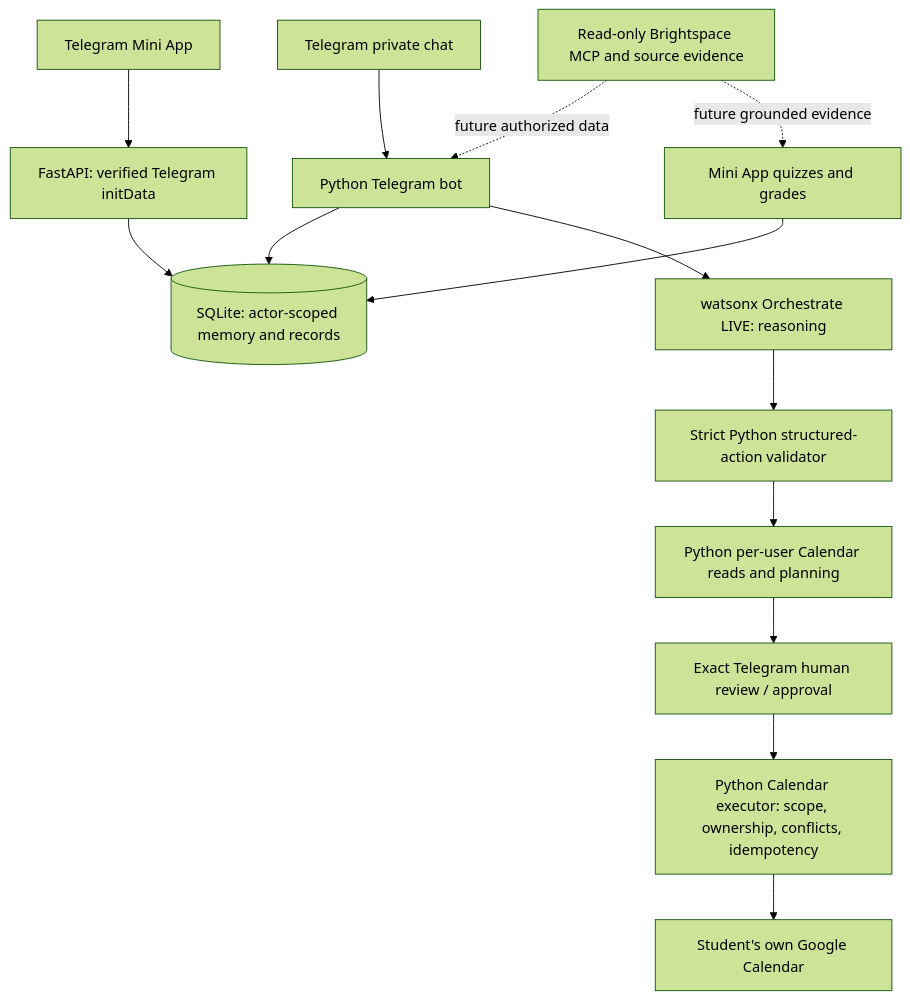
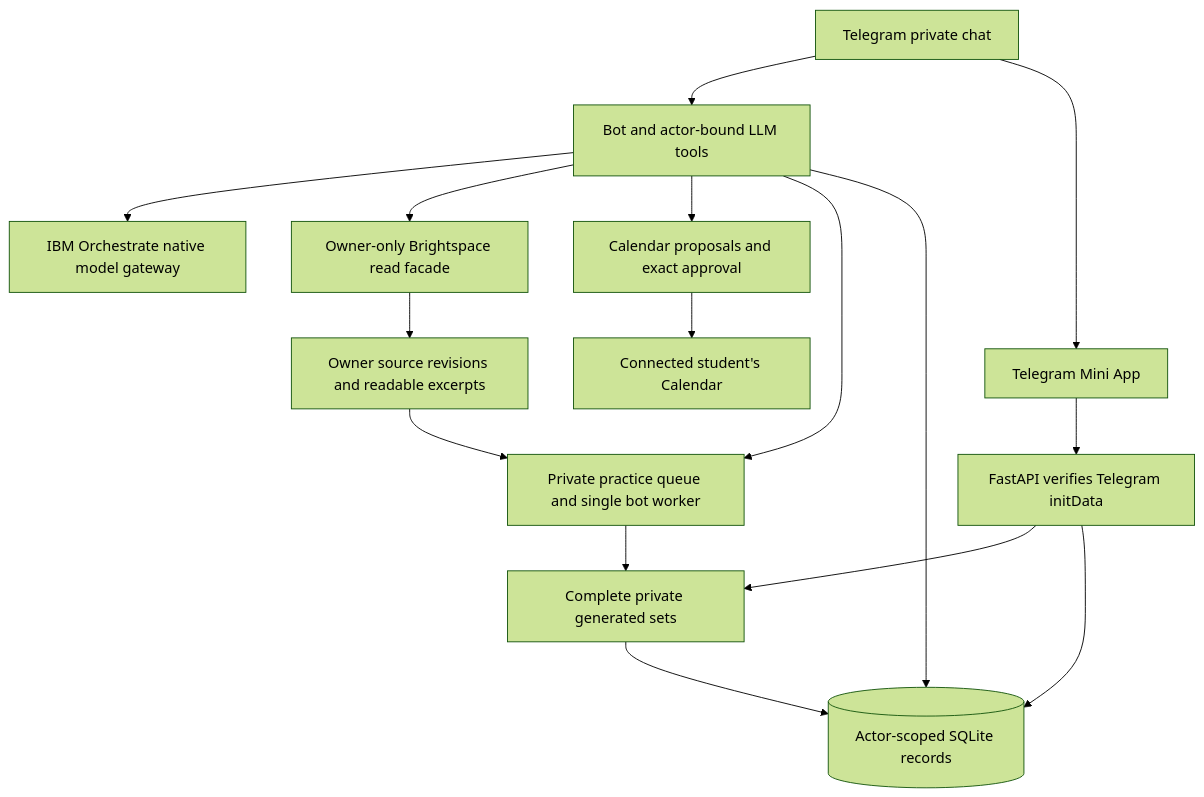
One commit to kiakky/ai-study-agent changed the diagram in README.md. Above: the diagram before and after it, drawn with Mermaid (forest theme). The commit also changed other lines of this file and 117 other files, not shown here.

````diff
--- a/README.md
+++ b/README.md
@@ -126,16 +124,18 @@
 ```mermaid
 flowchart TD
-    TG[Telegram private chat] --> BOT[Python Telegram bot]
-    MA[Telegram Mini App] --> API[FastAPI: verified Telegram initData]
-    BOT --> DB[(SQLite: actor-scoped memory and records)]
-    API --> DB
-    BOT --> IBM[watsonx Orchestrate LIVE: reasoning]
-    IBM --> VAL[Strict Python structured-action validator]
-    VAL --> CAL[Python per-user Calendar reads and planning]
-    CAL --> APPROVAL[Exact Telegram human review / approval]
-    APPROVAL --> EXEC[Python Calendar executor: scope, ownership, conflicts, idempotency]
-    EXEC --> GOOGLE[Student's own Google Calendar]
-    LMS[Read-only Brightspace MCP and source evidence] -.future authorized data.-> BOT
-    LMS -.future grounded evidence.-> QUIZ[Mini App quizzes and grades]
-    QUIZ --> DB
+    Student[Telegram private chat] --> Bot[Bot and actor-bound LLM tools]
+    Student --> Mini[Telegram Mini App]
+    Mini --> API[FastAPI verifies Telegram initData]
+    Bot --> IBM[IBM Orchestrate native model gateway]
+    Bot --> LMS[Owner-only Brightspace read facade]
+    LMS --> Evidence[Owner source revisions and readable excerpts]
+    Bot --> Plan[Calendar proposals and exact approval]
+    Plan --> Google[Connected student's Calendar]
+    Bot --> Jobs[Private practice queue and single bot worker]
+    Evidence --> Jobs
+    Jobs --> Sets[Complete private generated sets]
+    API --> Sets
+    API --> DB[(Actor-scoped SQLite records)]
+    Bot --> DB
+    Sets --> DB
 ```
````
